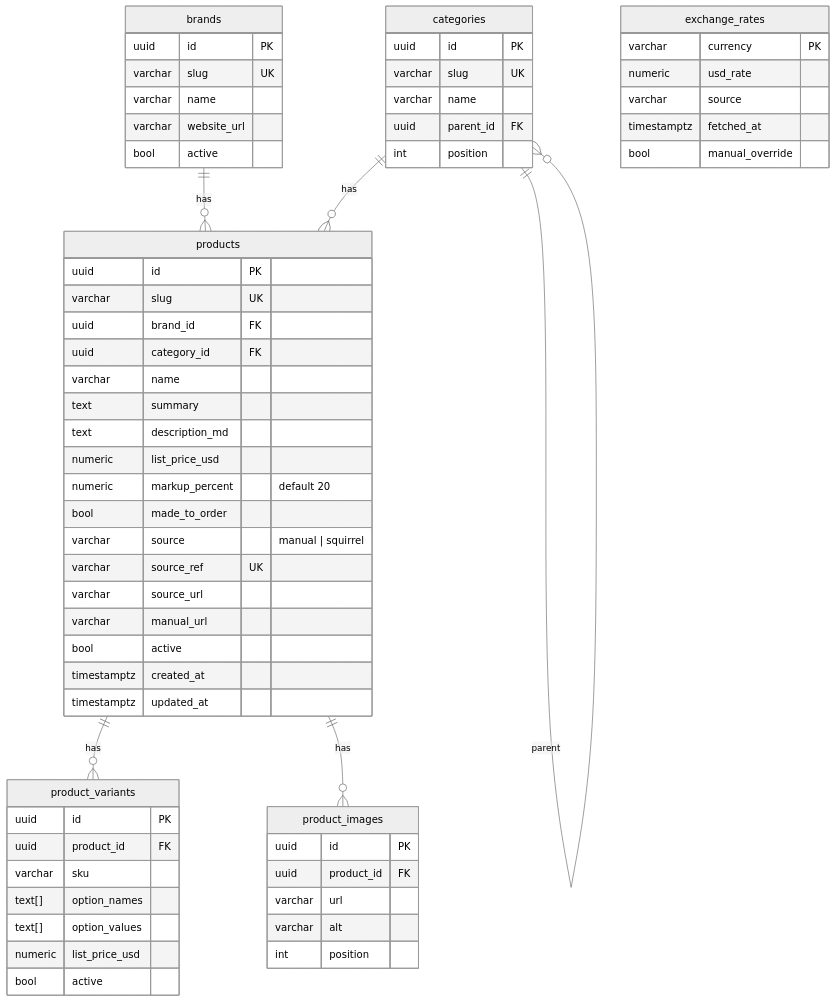
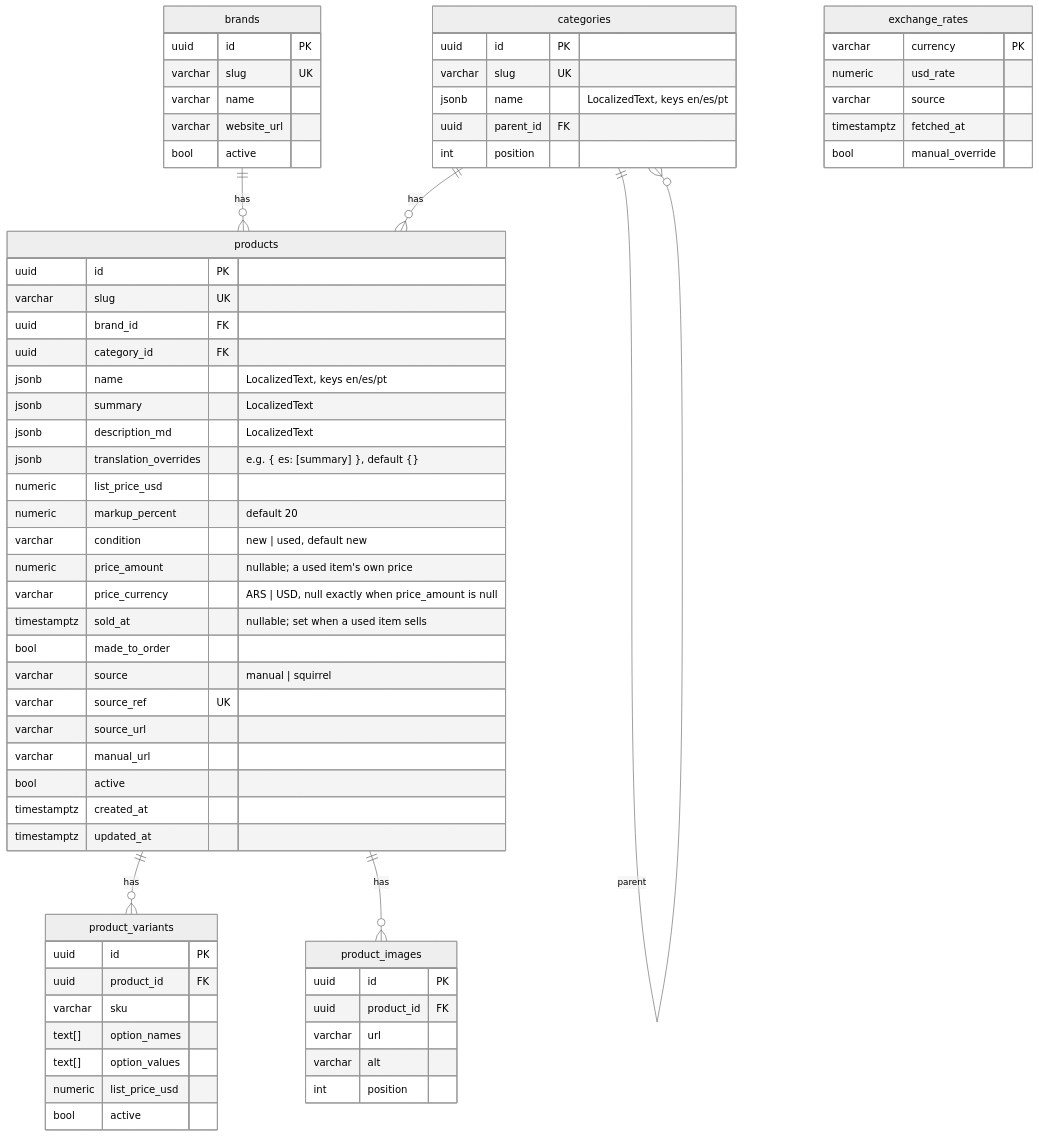
One commit to EcaCosca/bendike changed the first of 4 diagrams in .github/specs/product-catalog.md. Above: the diagram before and after it, drawn with Mermaid (neutral theme). The commit also changed other lines of this file and 21 other files, not shown here.

````diff
--- a/.github/specs/product-catalog.md
+++ b/.github/specs/product-catalog.md
@@ -142,64 +225,69 @@
 ```mermaid
 erDiagram
   brands ||--o{ products : has
   categories ||--o{ products : has
   categories ||--o{ categories : parent
   products ||--o{ product_variants : has
   products ||--o{ product_images : has
   brands {
     uuid id PK
     varchar slug UK
     varchar name
     varchar website_url
     bool active
   }
   categories {
     uuid id PK
     varchar slug UK
-    varchar name
+    jsonb name "LocalizedText, keys en/es/pt"
     uuid parent_id FK
     int position
   }
   products {
     uuid id PK
     varchar slug UK
     uuid brand_id FK
     uuid category_id FK
-    varchar name
-    text summary
-    text description_md
+    jsonb name "LocalizedText, keys en/es/pt"
+    jsonb summary "LocalizedText"
+    jsonb description_md "LocalizedText"
+    jsonb translation_overrides "e.g. { es: [summary] }, default {}"
     numeric list_price_usd
     numeric markup_percent "default 20"
+    varchar condition "new | used, default new"
+    numeric price_amount "nullable; a used item's own price"
+    varchar price_currency "ARS | USD, null exactly when price_amount is null"
+    timestamptz sold_at "nullable; set when a used item sells"
     bool made_to_order
     varchar source "manual | squirrel"
     varchar source_ref UK
     varchar source_url
     varchar manual_url
     bool active
     timestamptz created_at
     timestamptz updated_at
   }
   product_variants {
     uuid id PK
     uuid product_id FK
     varchar sku
     text[] option_names
     text[] option_values
     numeric list_price_usd
     bool active
   }
   product_images {
     uuid id PK
     uuid product_id FK
     varchar url
     varchar alt
     int position
   }
   exchange_rates {
     varchar currency PK
     numeric usd_rate
     varchar source
     timestamptz fetched_at
     bool manual_override
   }
 ```
````
